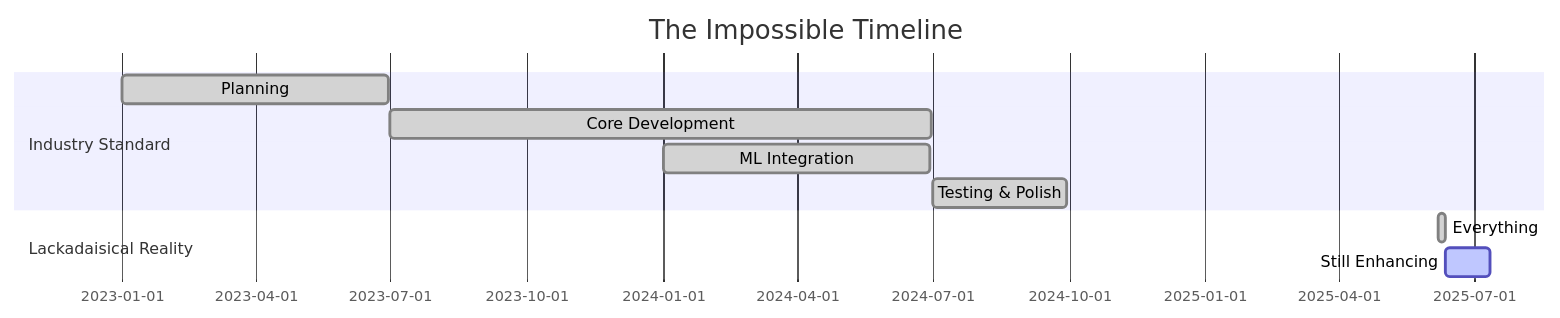
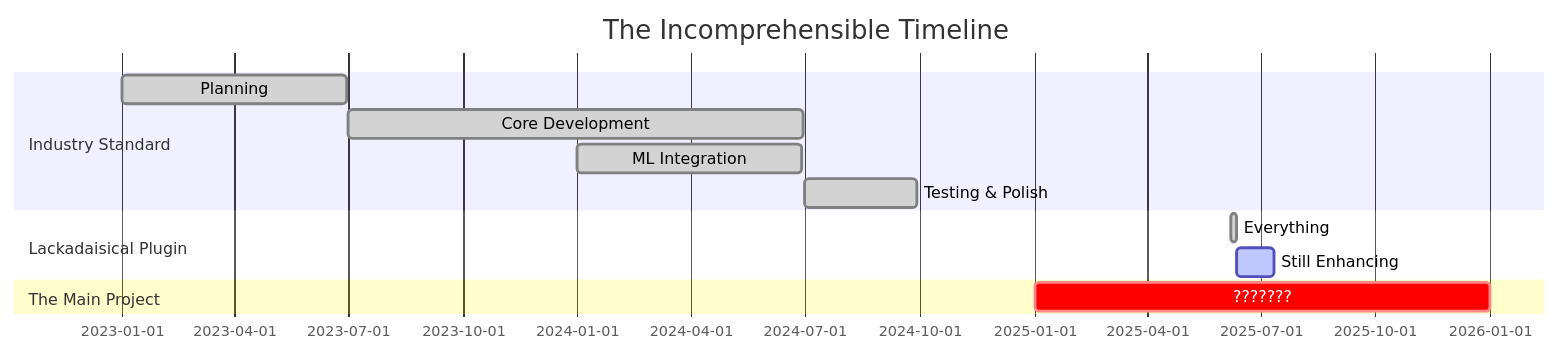
One commit to Lackadaisical-Security/Lacky-The-Copilot changed the second of 2 diagrams in README.md. Above: the diagram before and after it, drawn with Mermaid. The commit also changed other lines of this file, not shown here.

````diff
--- a/README.md
+++ b/README.md
@@ -168,14 +298,17 @@
 ```mermaid
 gantt
-    title The Impossible Timeline
+    title The Incomprehensible Timeline
     dateFormat  YYYY-MM-DD
     section Industry Standard
     Planning           :done, 2023-01-01, 180d
     Core Development   :done, 2023-07-01, 365d
     ML Integration     :done, 2024-01-01, 180d
     Testing & Polish   :done, 2024-07-01, 90d
     
-    section Lackadaisical Reality
+    section Lackadaisical Plugin
     Everything         :done, 2025-06-07, 5d
     Still Enhancing    :active, 2025-06-12, 30d
+    
+    section The Main Project
+    ???????           :crit, 2025-01-01, 365d
 ```
````
